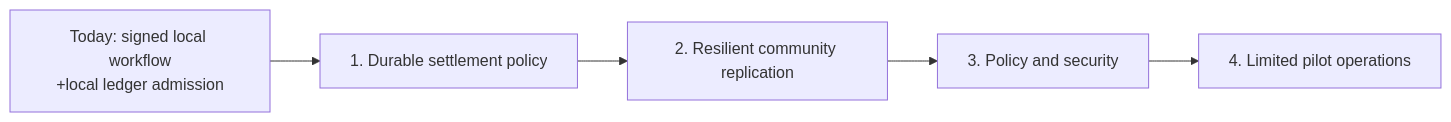
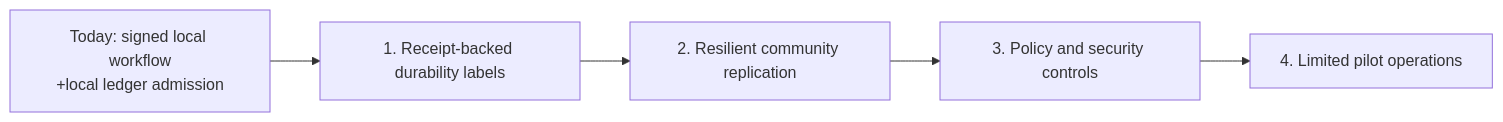
Before and after one commit to matthewlovestocode/peer-hours: the first of 2 diagrams in docs/production-roadmap.md, drawn with Mermaid. The commit also changed other lines of this file and 34 other files, not shown here.

````diff
--- a/docs/production-roadmap.md
+++ b/docs/production-roadmap.md
@@ -9,7 +9,7 @@
 ```mermaid
 flowchart LR
-    A["Today: signed local workflow\n+local ledger admission"] --> B["1. Durable settlement policy"]
+    A["Today: signed local workflow\n+local ledger admission"] --> B["1. Receipt-backed durability labels"]
     B --> C["2. Resilient community replication"]
-    C --> D["3. Policy and security"]
+    C --> D["3. Policy and security controls"]
     D --> E["4. Limited pilot operations"]
 ```
````
